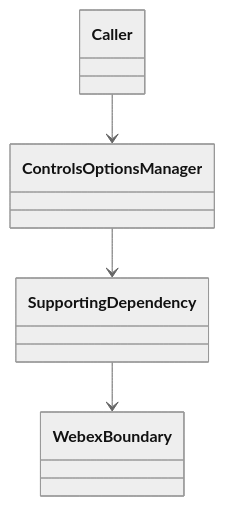
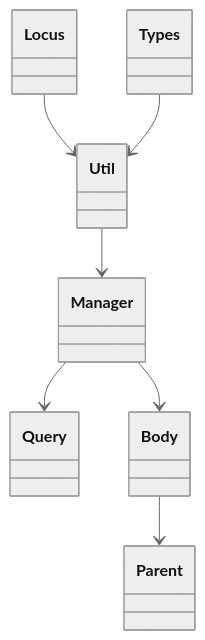
One commit to webex/webex-js-sdk changed the fourth of 4 diagrams in packages/@webex/plugin-meetings/src/controls-options-manager/ai-docs/controls-options-manager-spec.md. Above: the diagram before and after it, drawn with Mermaid (neutral theme). The commit also changed other lines of this file and 26 other files, not shown here.

````diff
--- a/packages/@webex/plugin-meetings/src/controls-options-manager/ai-docs/controls-options-manager-spec.md
+++ b/packages/@webex/plugin-meetings/src/controls-options-manager/ai-docs/controls-options-manager-spec.md
@@ -142,10 +152,16 @@
 ```mermaid
 classDiagram
-  class Caller
-  class ControlsOptionsManager
-  class SupportingDependency
-  class WebexBoundary
-  Caller --> ControlsOptionsManager
-  ControlsOptionsManager --> SupportingDependency
-  SupportingDependency --> WebexBoundary
+  class Locus
+  class Util
+  class Manager
+  class Types
+  class Query
+  class Body
+  class Parent
+  Locus --> Util
+  Util --> Manager
+  Types --> Util
+  Manager --> Query
+  Manager --> Body
+  Body --> Parent
 ```
````
